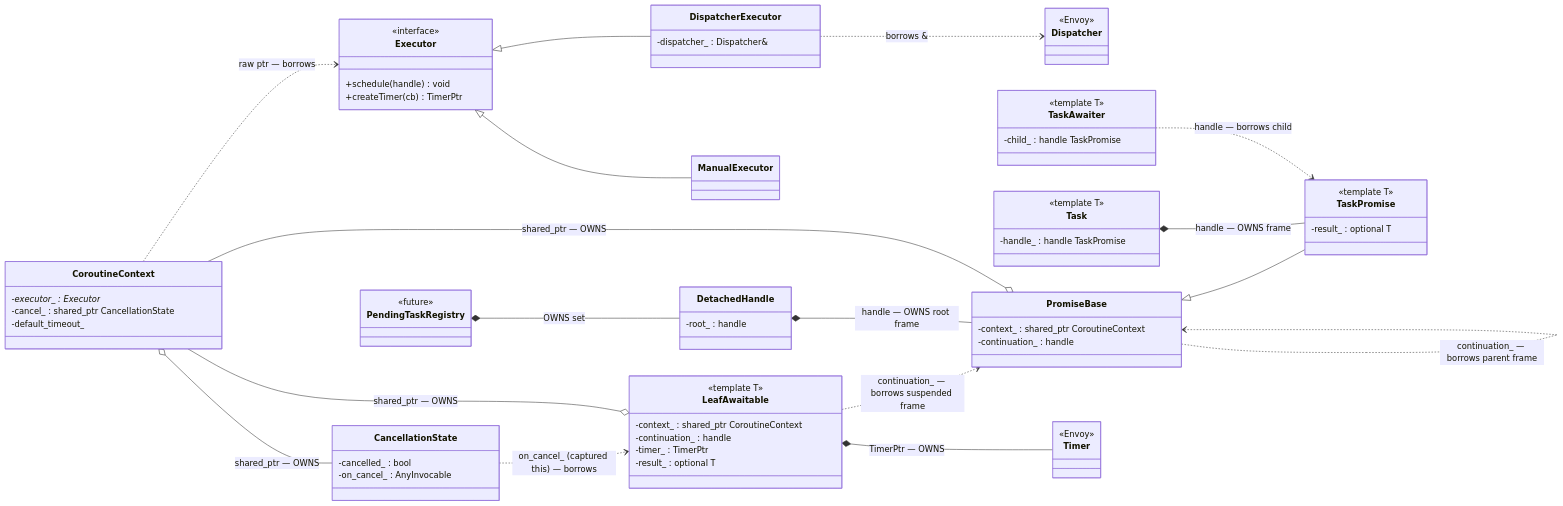
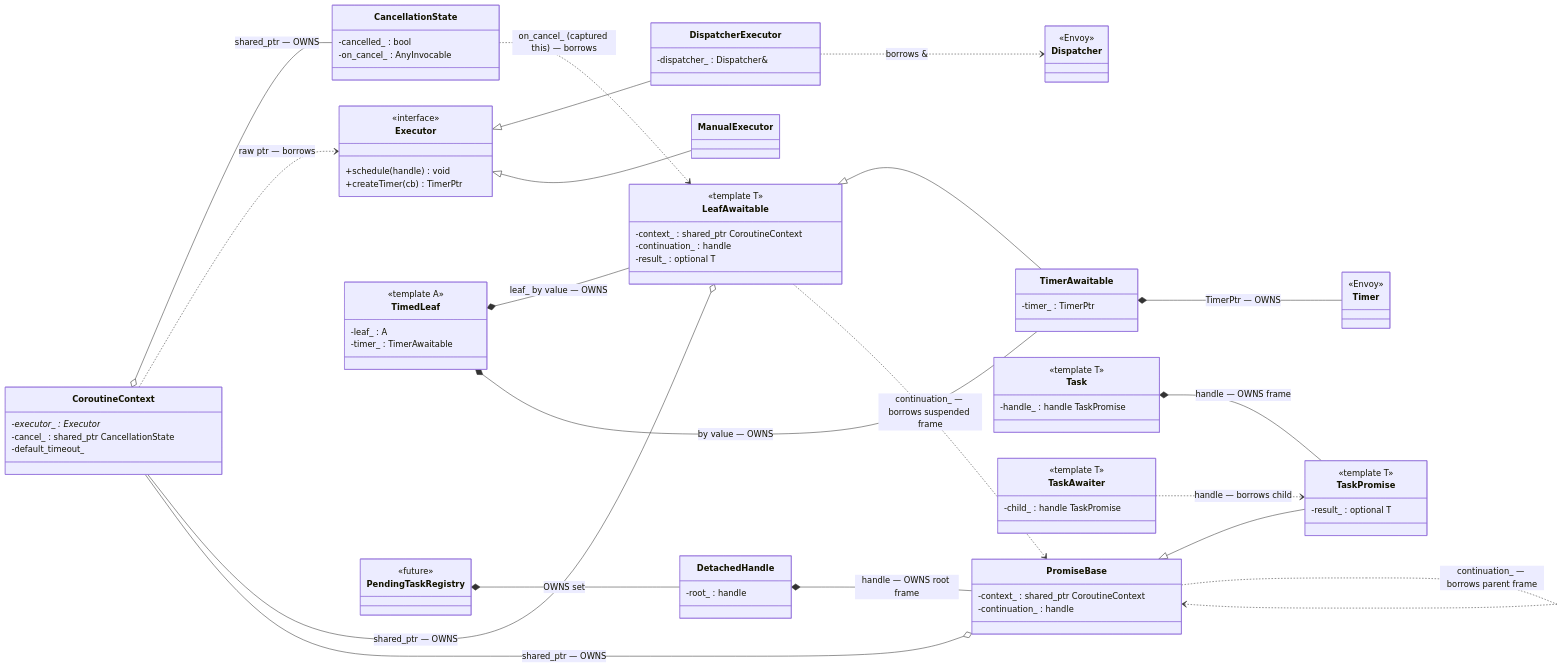
One commit to penguingao/thoughts changed the diagram in 20260717_CORO_IMPL_PLAN.md. Above: the diagram before and after it, drawn with Mermaid. The commit also changed other lines of this file, not shown here.

Commit message:
update timer impl

```diff
--- a/20260717_CORO_IMPL_PLAN.md
+++ b/20260717_CORO_IMPL_PLAN.md
@@ -402,14 +447,24 @@
         <<template T>>
         -context_ : shared_ptr CoroutineContext
         -continuation_ : handle
+        -result_ : optional T
+    }
+    class TimerAwaitable {
         -timer_ : TimerPtr
-        -result_ : optional T
+    }
+    class TimedLeaf {
+        <<template A>>
+        -leaf_ : A
+        -timer_ : TimerAwaitable
     }
     class Timer {
         <<Envoy>>
     }
+    LeafAwaitable <|-- TimerAwaitable
     LeafAwaitable o-- CoroutineContext : shared_ptr — OWNS
-    LeafAwaitable *-- Timer : TimerPtr — OWNS
+    TimerAwaitable *-- Timer : TimerPtr — OWNS
+    TimedLeaf *-- LeafAwaitable : leaf_ by value — OWNS
+    TimedLeaf *-- TimerAwaitable : by value — OWNS
     LeafAwaitable ..> PromiseBase : continuation_ — borrows suspended frame
     CancellationState ..> LeafAwaitable : on_cancel_ (captured this) — borrows
 
```
